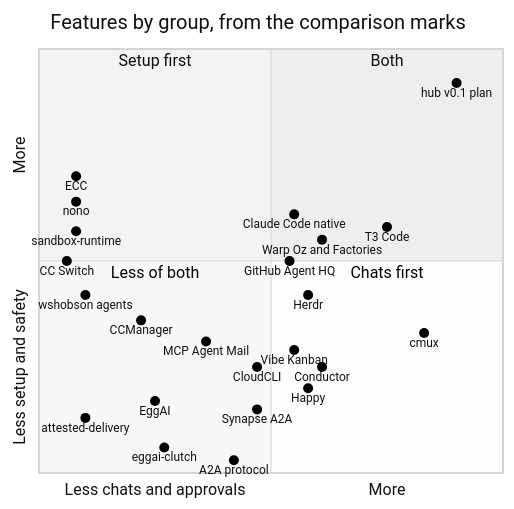
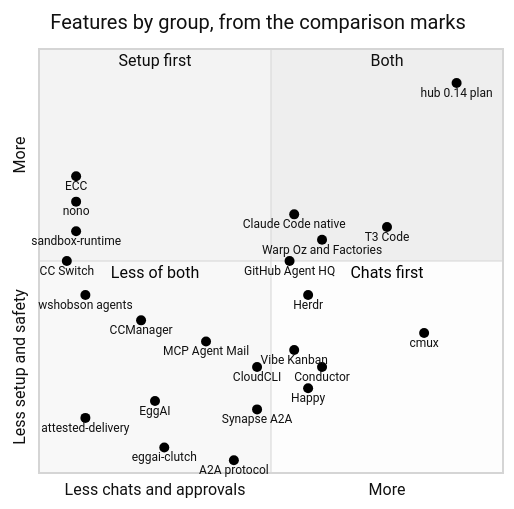
The diagram in README.md (JacopKane/hub), drawn with Mermaid (neutral theme) before and after one commit. The commit also changed other lines of this file, not shown here.

````diff
--- a/README.md
+++ b/README.md
@@ -59,33 +66,33 @@
 ```mermaid
 quadrantChart
     title Features by group, from the comparison marks
     x-axis Less chats and approvals --> More
     y-axis Less setup and safety --> More
     quadrant-1 Both
     quadrant-2 Setup first
     quadrant-3 Less of both
     quadrant-4 Chats first
-    hub v0.1 plan: [0.90, 0.92]
+    hub 0.14 plan: [0.90, 0.92]
     Claude Code native: [0.55, 0.61]
     Warp Oz and Factories: [0.61, 0.55]
     T3 Code: [0.75, 0.58]
     cmux: [0.83, 0.33]
     GitHub Agent HQ: [0.54, 0.50]
     Herdr: [0.58, 0.42]
     Vibe Kanban: [0.55, 0.29]
     Conductor: [0.61, 0.25]
     Happy: [0.58, 0.20]
     CloudCLI: [0.47, 0.25]
     Synapse A2A: [0.47, 0.15]
     A2A protocol: [0.42, 0.03]
     CCManager: [0.22, 0.36]
     MCP Agent Mail: [0.36, 0.31]
     EggAI: [0.25, 0.17]
     eggai-clutch: [0.27, 0.06]
     ECC: [0.08, 0.70]
     nono: [0.08, 0.64]
     sandbox-runtime: [0.08, 0.57]
     CC Switch: [0.06, 0.50]
     wshobson agents: [0.10, 0.42]
     attested-delivery: [0.10, 0.13]
 ```
````
